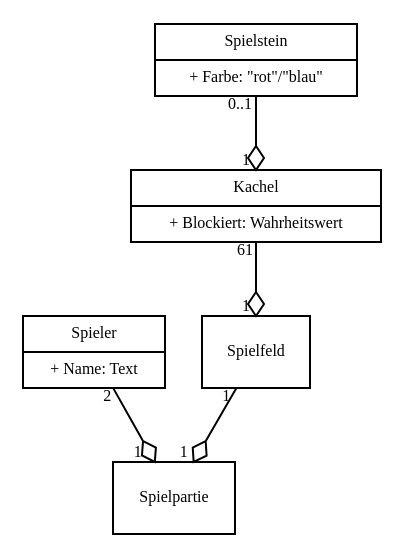
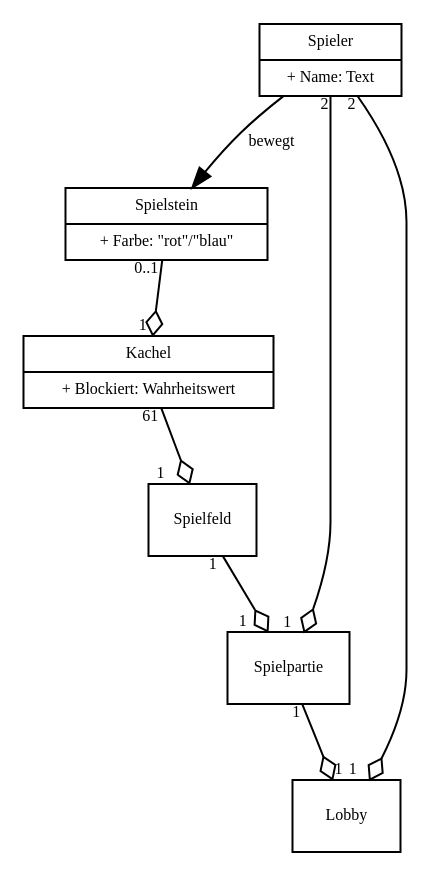
Before and after one commit to ottojo/SoPra-Exercises: the diagram in Blatt2/domänenmodell.dot, drawn with Graphviz.

Commit message:
adds lobby etc

```diff
--- a/Blatt2/domänenmodell.dot
+++ b/Blatt2/domänenmodell.dot
@@ -1,42 +1,51 @@
 digraph G {
     fontname = "Bitstream Vera Sans"
     fontsize = 8
 
     node [
             fontname = "Bitstream Vera Sans"
             fontsize = 8
             shape = "record"
     ]
 
     edge [
             fontname = "Bitstream Vera Sans"
             fontsize = 8
     ]
 
-	Spielfeld [
+    Spielfeld [
 		label= "{Spielfeld}"
-	]
+    ]
     Spielstein [
         label= "{Spielstein|+ Farbe: \"rot\"/\"blau\"}"
     ]
     Spieler [
         label= "{Spieler|+ Name: Text}"
     ]
     Spielpartie [
     ]
     Kachel [
         label= "{Kachel|+ Blockiert: Wahrheitswert}"
     ]
+    Lobby [
+        label="{Lobby}"
+    ]
 
     edge [
         arrowhead = "ediamond"
     ]
 
     Spielstein -> Kachel [headlabel=" 1 ", taillabel="0..1"]
 
-    Spielfeld -> Spielpartie [headlabel=" 1 ", taillabel=" 1 "]
+    Spielfeld -> Spielpartie [headlabel=" 1    ", taillabel=" 1 "]
 
     Spieler -> Spielpartie [headlabel=" 1  ", taillabel="2"]
 
-    Kachel -> Spielfeld [taillabel="61", headlabel=" 1 "]
+    Spieler -> Lobby [headlabel=" 1  ", taillabel="2"]
+
+    Kachel -> Spielfeld [taillabel="61", headlabel=" 1     "]
+
+    Spieler -> Spielstein [label="bewegt", arrowhead="normal"]
+
+    Spielpartie -> Lobby [headlabel="1", taillabel="1"]
 }
```
